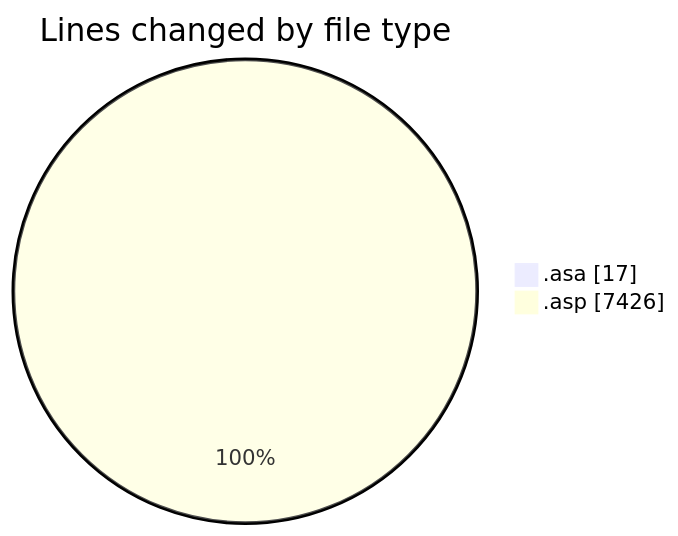
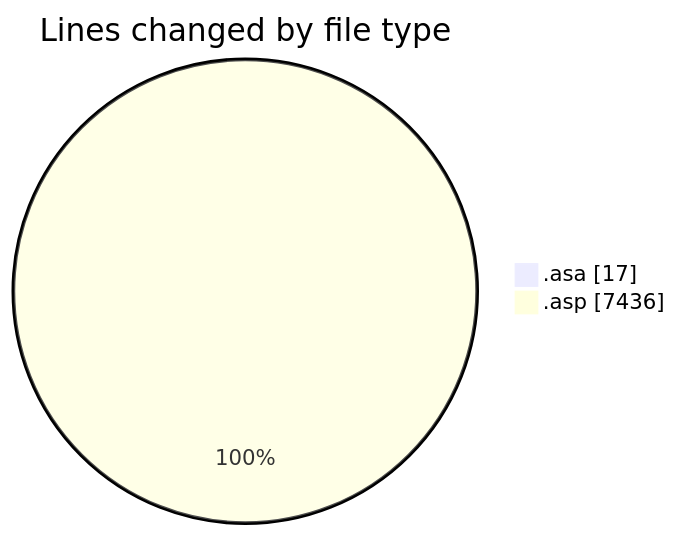
One commit to julien-gomy/code-tracking changed the first of 2 diagrams in 2025-11-06/usr_aleoudev_fr__workspace_/README.md. Above: the diagram before and after it, drawn with Mermaid. The commit also changed other lines of this file and 1 other file, not shown here.

````diff
--- a/2025-11-06/usr_aleoudev_fr__workspace_/README.md
+++ b/2025-11-06/usr_aleoudev_fr__workspace_/README.md
@@ -24,6 +24,6 @@
 ```mermaid
 pie showData
 title Lines changed by file type
 ".asa" : 17
-".asp" : 7426
+".asp" : 7436
 ```
````
